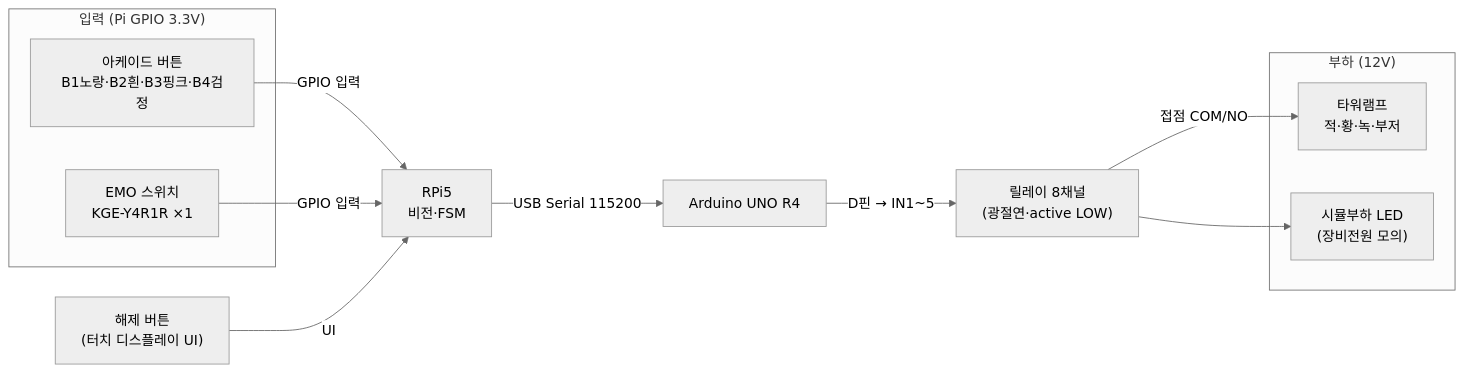
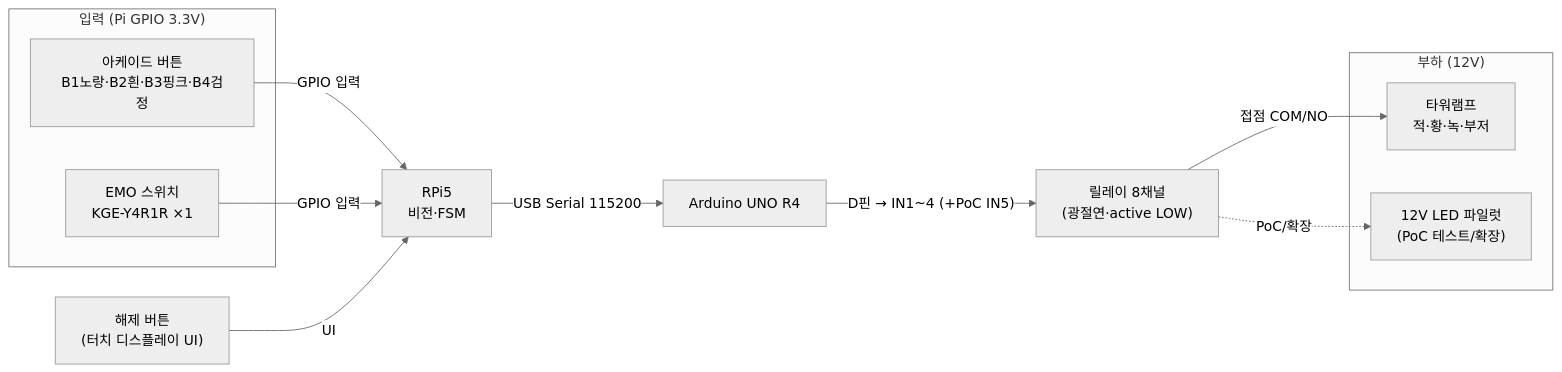
One commit to kimem9859-arch/sop-project changed the diagram in dev/interlock/결선도_초안.md. Above: the diagram before and after it, drawn with Mermaid (neutral theme). The commit also changed other lines of this file, not shown here.

````diff
--- a/dev/interlock/결선도_초안.md
+++ b/dev/interlock/결선도_초안.md
@@ -33,25 +36,25 @@
 ```mermaid
 flowchart LR
     subgraph IN["입력 (Pi GPIO 3.3V)"]
       BTN["아케이드 버튼<br/>B1노랑·B2흰·B3핑크·B4검정"]
       EMO["EMO 스위치<br/>KGE-Y4R1R ×1"]
     end
     REL["해제 버튼<br/>(터치 디스플레이 UI)"]
 
     PI["RPi5<br/>비전·FSM"]
     ARD["Arduino UNO R4"]
     RLY["릴레이 8채널<br/>(광절연·active LOW)"]
 
     subgraph LOAD["부하 (12V)"]
       LAMP["타워램프<br/>적·황·녹·부저"]
-      SIM["시뮬부하 LED<br/>(장비전원 모의)"]
+      SIM["12V LED 파일럿<br/>(PoC 테스트/확장)"]
     end
 
     BTN -->|GPIO 입력| PI
     EMO -->|GPIO 입력| PI
     REL -->|UI| PI
     PI -->|USB Serial 115200| ARD
-    ARD -->|D핀 → IN1~5| RLY
+    ARD -->|"D핀 → IN1~4 (+PoC IN5)"| RLY
     RLY -->|접점 COM/NO| LAMP
-    RLY --> SIM
+    RLY -.PoC/확장.-> SIM
 ```
````
